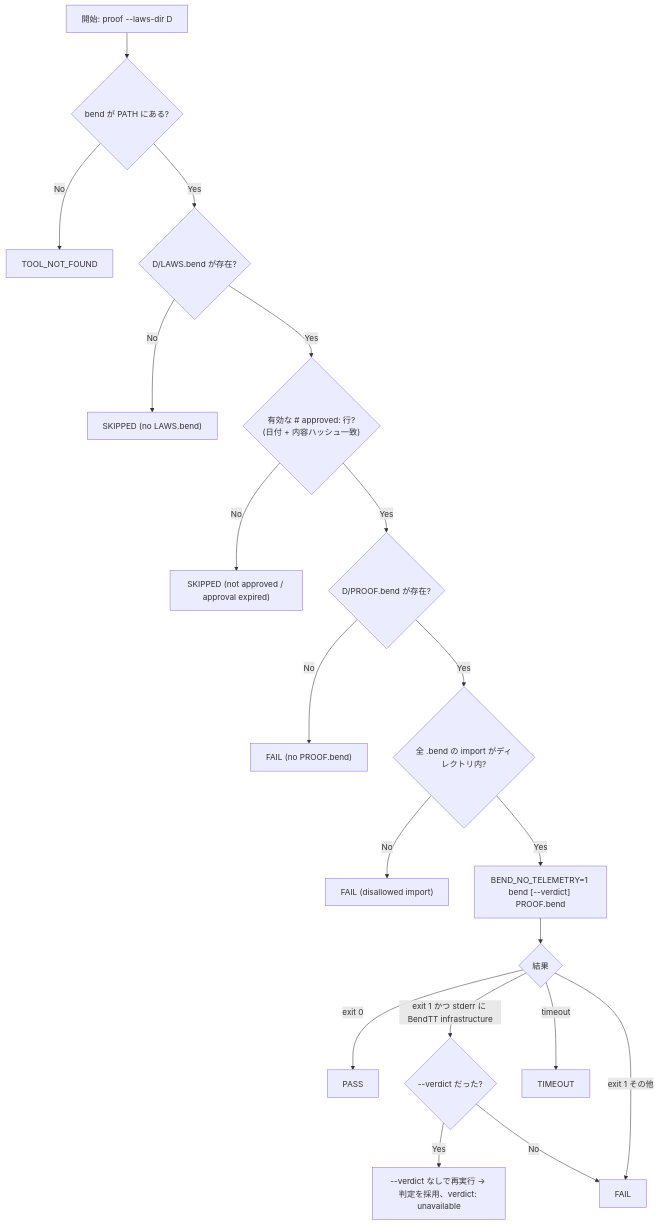
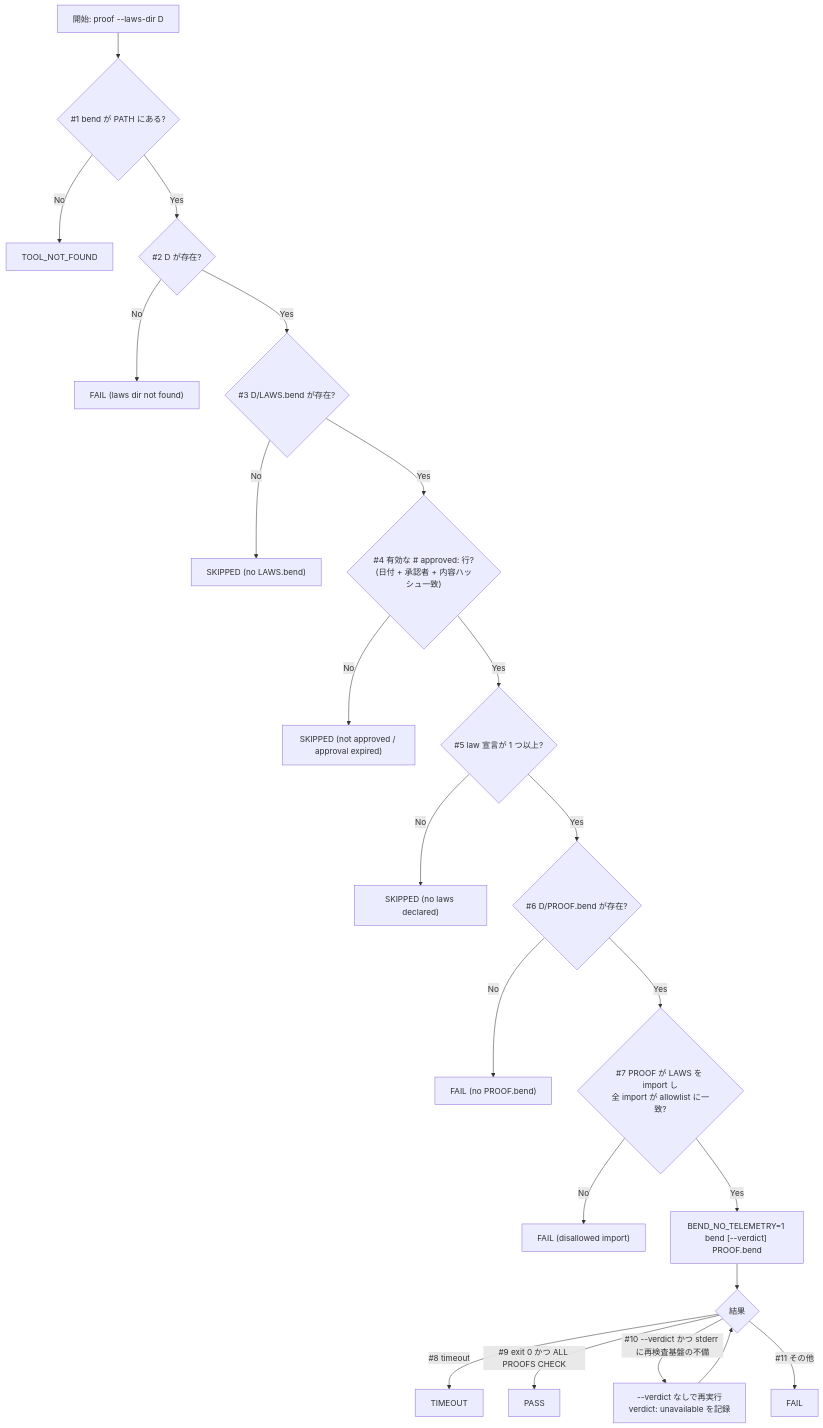
One commit to ToshikiImagawa/ai-sdd-workflow-dev changed the second of 2 diagrams in .sdd/task/149/design-draft.md. Above: the diagram before and after it, drawn with Mermaid. The commit also changed other lines of this file and 8 other files, not shown here.

````diff
--- a/.sdd/task/149/design-draft.md
+++ b/.sdd/task/149/design-draft.md
@@ -129,21 +137,24 @@
 ```mermaid
 flowchart TD
-    A[開始: proof --laws-dir D] --> B{bend が PATH にある?}
+    A[開始: proof --laws-dir D] --> B{"#1 bend が PATH にある?"}
     B -- No --> TNF[TOOL_NOT_FOUND]
-    B -- Yes --> C{D/LAWS.bend が存在?}
+    B -- Yes --> B2{"#2 D が存在?"}
+    B2 -- No --> F0["FAIL (laws dir not found)"]
+    B2 -- Yes --> C{"#3 D/LAWS.bend が存在?"}
     C -- No --> SK1["SKIPPED (no LAWS.bend)"]
-    C -- Yes --> D{"有効な # approved: 行?<br/>(日付 + 内容ハッシュ一致)"}
+    C -- Yes --> D{"#4 有効な # approved: 行?<br/>(日付 + 承認者 + 内容ハッシュ一致)"}
     D -- No --> SK2["SKIPPED (not approved / approval expired)"]
-    D -- Yes --> E{D/PROOF.bend が存在?}
+    D -- Yes --> D2{"#5 law 宣言が 1 つ以上?"}
+    D2 -- No --> SK3["SKIPPED (no laws declared)"]
+    D2 -- Yes --> E{"#6 D/PROOF.bend が存在?"}
     E -- No --> F1["FAIL (no PROOF.bend)"]
-    E -- Yes --> G{"全 .bend の import がディレクトリ内?"}
+    E -- Yes --> G{"#7 PROOF が LAWS を import し<br/>全 import が allowlist に一致?"}
     G -- No --> F2["FAIL (disallowed import)"]
     G -- Yes --> H["BEND_NO_TELEMETRY=1 bend [--verdict] PROOF.bend"]
     H --> I{結果}
-    I -- "exit 0" --> PASS
-    I -- "exit 1 かつ stderr に BendTT infrastructure" --> J{"--verdict だった?"}
-    J -- Yes --> K["--verdict なしで再実行 → 判定を採用、verdict: unavailable"]
-    J -- No --> F3[FAIL]
-    I -- "exit 1 その他" --> F3
-    I -- "timeout" --> TO[TIMEOUT]
+    I -- "#8 timeout" --> TO[TIMEOUT]
+    I -- "#9 exit 0 かつ ALL PROOFS CHECK" --> PASS
+    I -- "#10 --verdict かつ stderr に再検査基盤の不備" --> K["--verdict なしで再実行<br/>verdict: unavailable を記録"]
+    K --> I
+    I -- "#11 その他" --> F3[FAIL]
 ```
````
